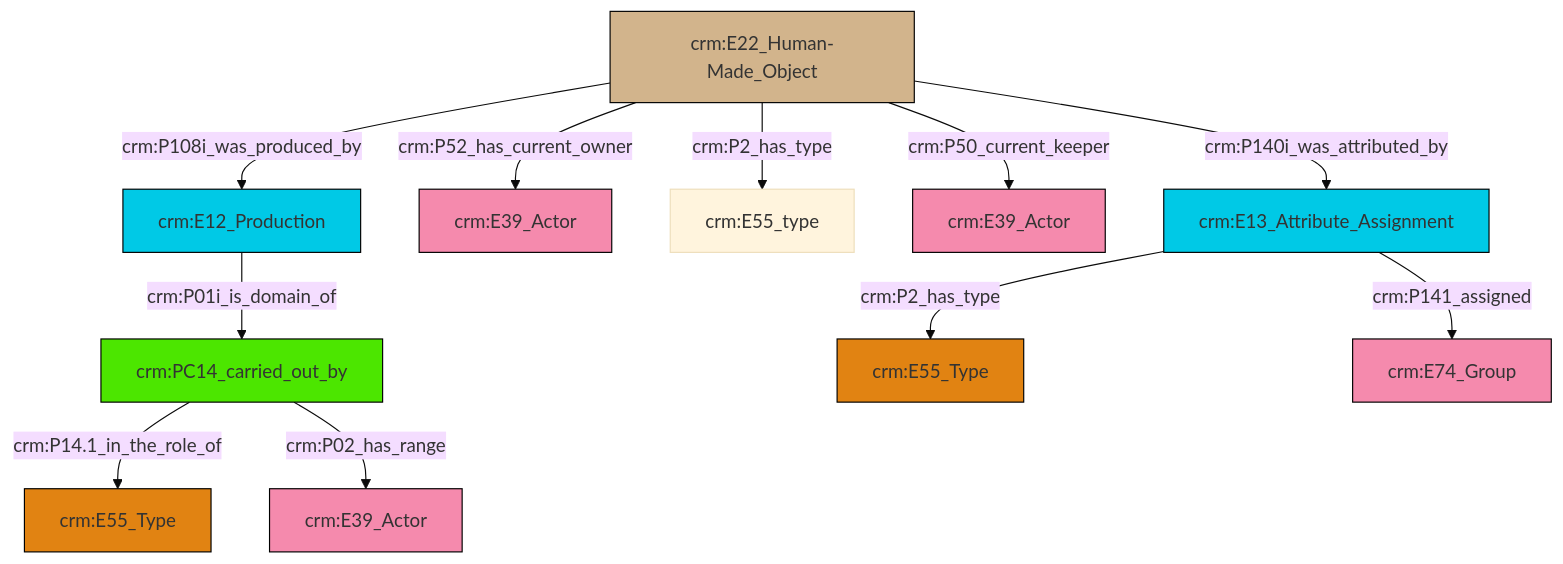
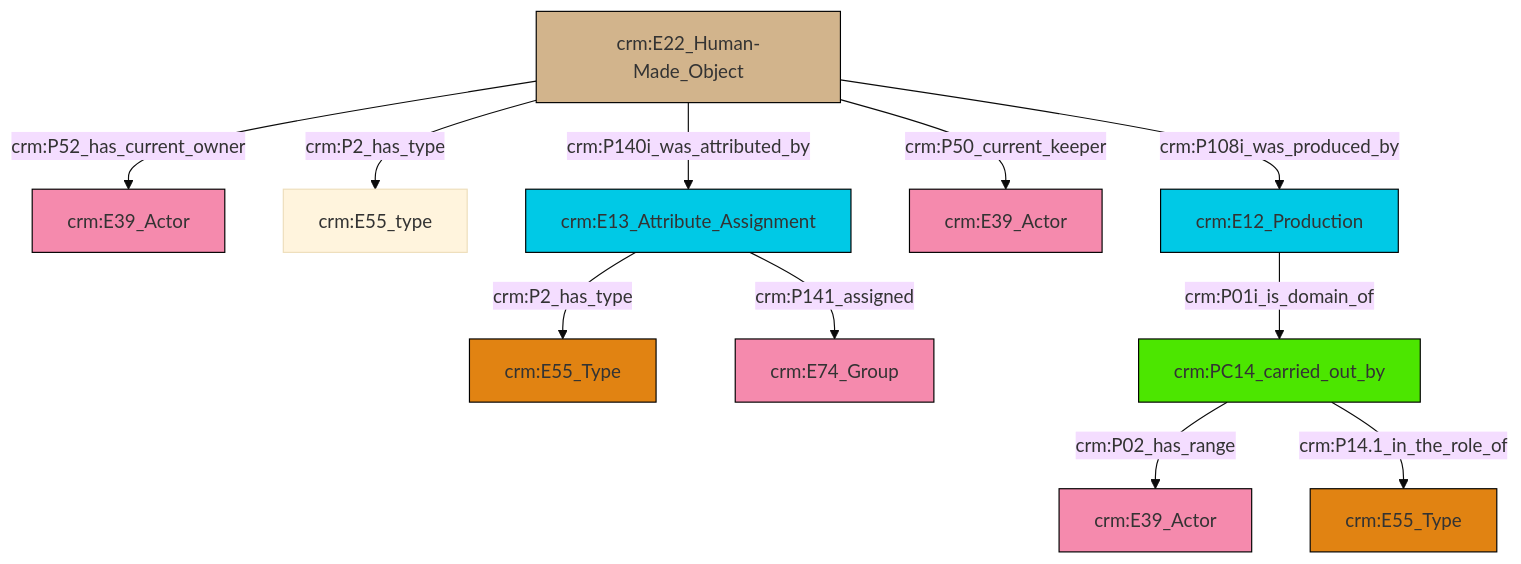
Before and after one commit to swiss-art-research-net/reference-data-models: the diagram in et/artworkCSV/ttl/mmd/Artwork_Actor_Relations.ttl.mmd, drawn with Mermaid (base theme). The commit also changed 122 other files, not shown here.

```diff
--- a/et/artworkCSV/ttl/mmd/Artwork_Actor_Relations.ttl.mmd
+++ b/et/artworkCSV/ttl/mmd/Artwork_Actor_Relations.ttl.mmd
@@ -1,25 +1,25 @@
 graph TD
 classDef Literal fill:#f2f2f2,stroke:#000000;
 classDef CRM_Entity fill:#FFFFFF,stroke:#000000;
 classDef Temporal_Entity fill:#00C9E6, stroke:#000000;
 classDef Type fill:#E18312, stroke:#000000;
 classDef Time-Span fill:#2C9C91, stroke:#000000;
 classDef Appellation fill:#FFEB7F, stroke:#000000;
 classDef Place fill:#008836, stroke:#000000;
 classDef Persistent_Item fill:#B266B2, stroke:#000000;
 classDef Conceptual_Object fill:#FFD700, stroke:#000000;
 classDef Physical_Thing fill:#D2B48C, stroke:#000000;
 classDef Actor fill:#f58aad, stroke:#000000;
 classDef PC_Classes fill:#4ce600, stroke:#000000;
 classDef Multi fill:#cccccc,stroke:#000000;
 
-2["crm:E13_Attribute_Assignment"]:::Temporal_Entity -->|crm:P2_has_type| 0["crm:E55_Type"]:::Type
-5["crm:E22_Human-Made_Object"]:::Physical_Thing -->|crm:P108i_was_produced_by| 6["crm:E12_Production"]:::Temporal_Entity
-5["crm:E22_Human-Made_Object"]:::Physical_Thing -->|crm:P52_has_current_owner| 8["crm:E39_Actor"]:::Actor
-5["crm:E22_Human-Made_Object"]:::Physical_Thing -->|crm:P2_has_type| 10["crm:E55_type"]:::Default
-6["crm:E12_Production"]:::Temporal_Entity -->|crm:P01i_is_domain_of| 11["crm:PC14_carried_out_by"]:::PC_Classes
-11["crm:PC14_carried_out_by"]:::PC_Classes -->|crm:P14.1_in_the_role_of| 12["crm:E55_Type"]:::Type
-5["crm:E22_Human-Made_Object"]:::Physical_Thing -->|crm:P50_current_keeper| 3["crm:E39_Actor"]:::Actor
-5["crm:E22_Human-Made_Object"]:::Physical_Thing -->|crm:P140i_was_attributed_by| 2["crm:E13_Attribute_Assignment"]:::Temporal_Entity
-2["crm:E13_Attribute_Assignment"]:::Temporal_Entity -->|crm:P141_assigned| 17["crm:E74_Group"]:::Actor
-11["crm:PC14_carried_out_by"]:::PC_Classes -->|crm:P02_has_range| 20["crm:E39_Actor"]:::Actor
+2["crm:E22_Human-Made_Object"]:::Physical_Thing -->|crm:P52_has_current_owner| 3["crm:E39_Actor"]:::Actor
+4["crm:E13_Attribute_Assignment"]:::Temporal_Entity -->|crm:P2_has_type| 5["crm:E55_Type"]:::Type
+2["crm:E22_Human-Made_Object"]:::Physical_Thing -->|crm:P2_has_type| 0["crm:E55_type"]:::Default
+2["crm:E22_Human-Made_Object"]:::Physical_Thing -->|crm:P140i_was_attributed_by| 4["crm:E13_Attribute_Assignment"]:::Temporal_Entity
+10["crm:PC14_carried_out_by"]:::PC_Classes -->|crm:P02_has_range| 11["crm:E39_Actor"]:::Actor
+12["crm:E12_Production"]:::Temporal_Entity -->|crm:P01i_is_domain_of| 10["crm:PC14_carried_out_by"]:::PC_Classes
+2["crm:E22_Human-Made_Object"]:::Physical_Thing -->|crm:P50_current_keeper| 14["crm:E39_Actor"]:::Actor
+2["crm:E22_Human-Made_Object"]:::Physical_Thing -->|crm:P108i_was_produced_by| 12["crm:E12_Production"]:::Temporal_Entity
+4["crm:E13_Attribute_Assignment"]:::Temporal_Entity -->|crm:P141_assigned| 17["crm:E74_Group"]:::Actor
+10["crm:PC14_carried_out_by"]:::PC_Classes -->|crm:P14.1_in_the_role_of| 7["crm:E55_Type"]:::Type
```
